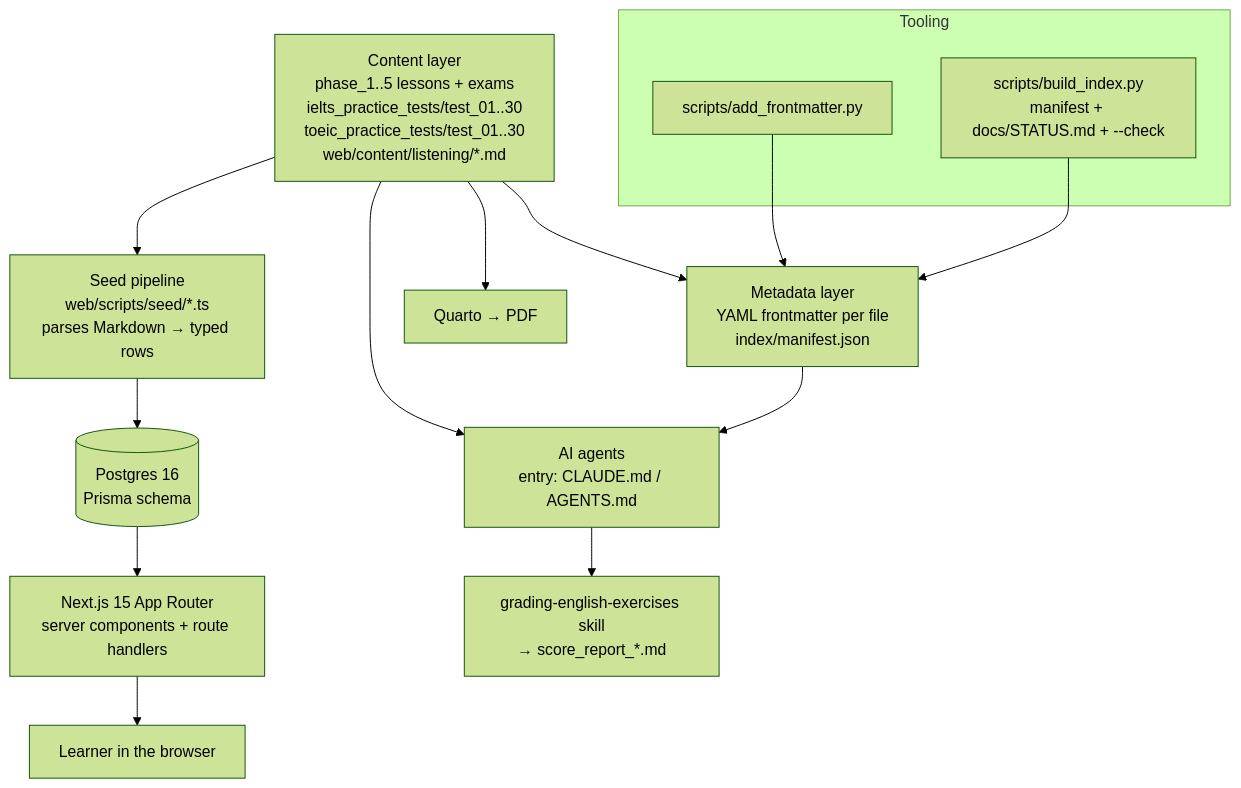
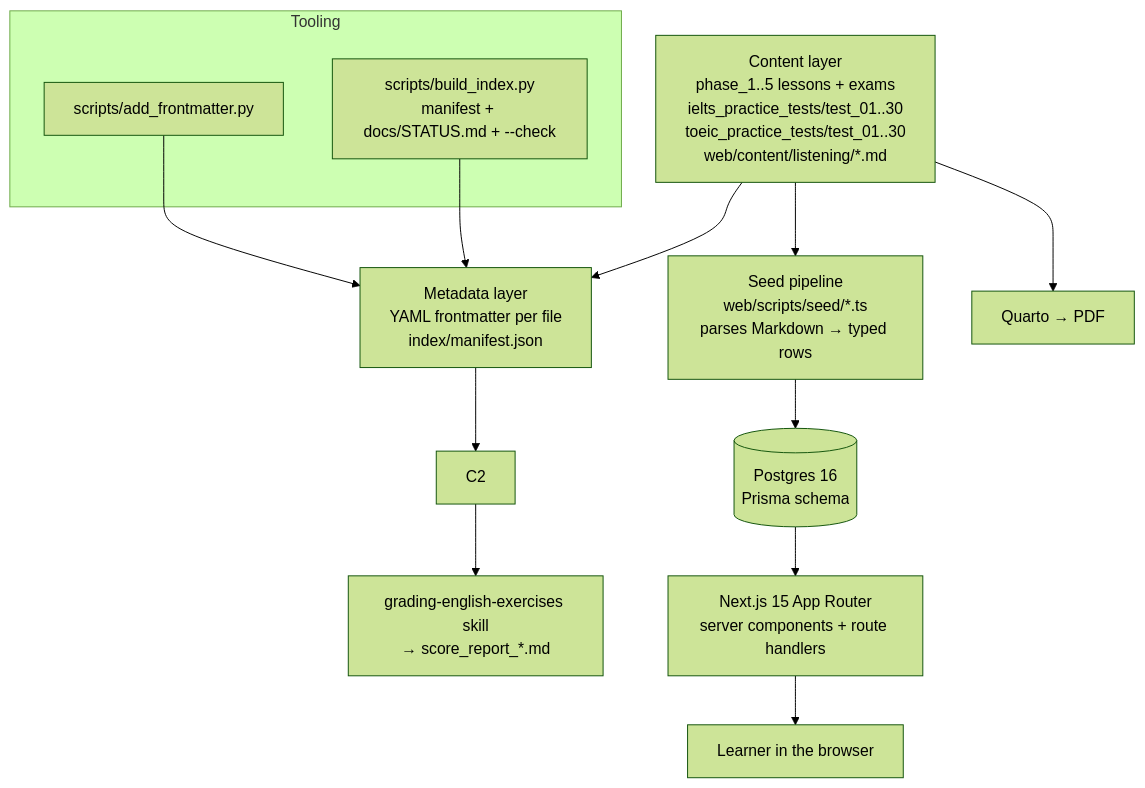
The diagram in docs/architecture.md (tduybao2005/learning-english), drawn with Mermaid (forest theme) before and after one commit. The commit also changed other lines of this file and 174 other files, not shown here.

````diff
--- a/docs/architecture.md
+++ b/docs/architecture.md
@@ -18,20 +18,19 @@
 ```mermaid
 flowchart TD
     A[Content layer<br/>phase_1..5 lessons + exams<br/>ielts_practice_tests/test_01..30<br/>toeic_practice_tests/test_01..30<br/>web/content/listening/*.md] --> B[Metadata layer<br/>YAML frontmatter per file<br/>index/manifest.json]
     A --> S[Seed pipeline<br/>web/scripts/seed/*.ts<br/>parses Markdown → typed rows]
     S --> DB[(Postgres 16<br/>Prisma schema)]
     DB --> APP[Next.js 15 App Router<br/>server components + route handlers]
     APP --> L1[Learner in the browser]
 
-    A --> C2[AI agents<br/>entry: CLAUDE.md / AGENTS.md]
     B --> C2
     C2 --> G[grading-english-exercises skill<br/>→ score_report_*.md]
     A --> Q[Quarto → PDF]
 
     subgraph Tooling
         T1[scripts/add_frontmatter.py]
         T2[scripts/build_index.py<br/>manifest + docs/STATUS.md + --check]
     end
     T1 --> B
     T2 --> B
 ```
````
